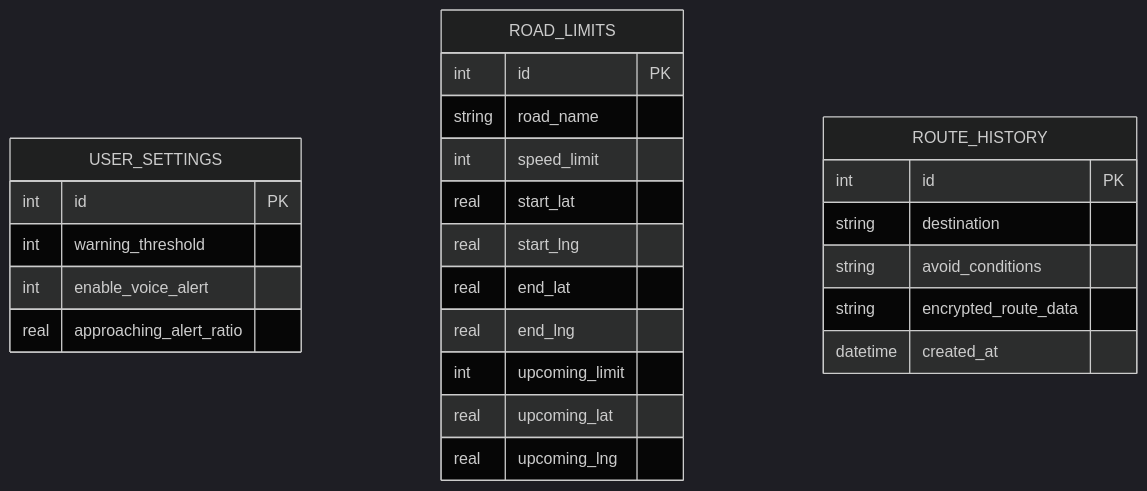
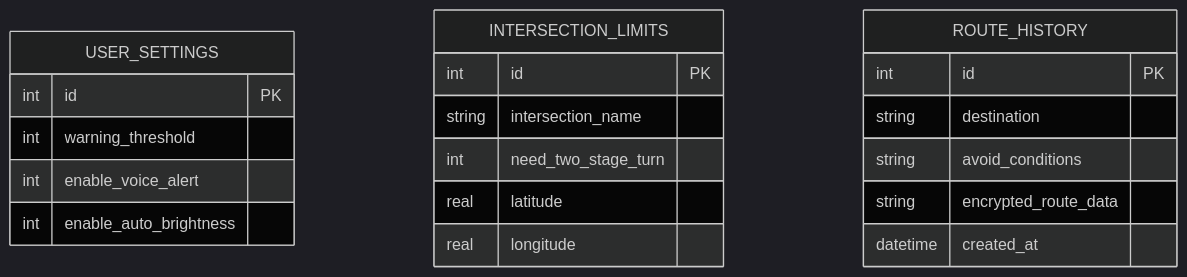
The diagram in docs/DB_DESIGN.md (tela1111222-spec/googlemaps), drawn with Mermaid (dark theme) before and after one commit. The commit also changed other lines of this file and 4 other files, not shown here.

Commit message:
feat: add database schema and models

````diff
--- a/docs/DB_DESIGN.md
+++ b/docs/DB_DESIGN.md
@@ -14,30 +14,25 @@
 ```mermaid
 erDiagram
     USER_SETTINGS {
         int id PK
         int warning_threshold
         int enable_voice_alert
-        real approaching_alert_ratio
+        int enable_auto_brightness
     }
 
-    ROAD_LIMITS {
+    INTERSECTION_LIMITS {
         int id PK
-        string road_name
-        int speed_limit
-        real start_lat
-        real start_lng
-        real end_lat
-        real end_lng
-        int upcoming_limit
-        real upcoming_lat
-        real upcoming_lng
+        string intersection_name
+        int need_two_stage_turn
+        real latitude
+        real longitude
     }
 
     ROUTE_HISTORY {
         int id PK
         string destination
         string avoid_conditions
         string encrypted_route_data
         datetime created_at
     }
 ```
````
